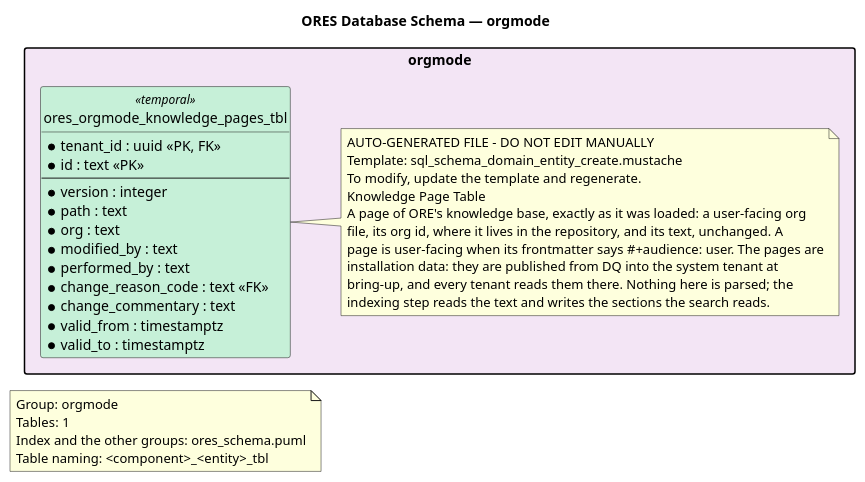
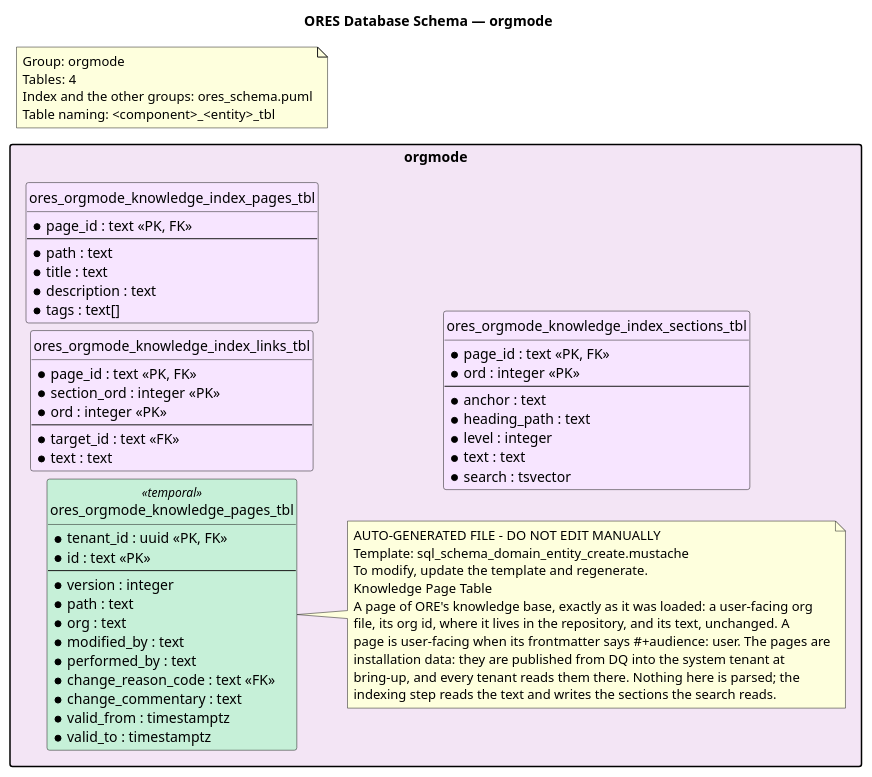
Before and after one commit to OreStudio/OreStudio: the diagram in projects/ores.sql/modeling/ores_schema.orgmode.puml, drawn with PlantUML. The commit also changed 32 other files, not shown here.

First line of the commit message:
[orgmode] Build the knowledge index from the pages and keep it current

```diff
--- a/projects/ores.sql/modeling/ores_schema.orgmode.puml
+++ b/projects/ores.sql/modeling/ores_schema.orgmode.puml
@@ -21,62 +21,91 @@
 @startuml
 
 title ORES Database Schema — orgmode
 hide circle
 skinparam linetype ortho
 
 ' Layout: left-to-right stacks packages vertically
 left to right direction
 skinparam packageStyle rectangle
 skinparam nodesep 8
 skinparam ranksep 20
 
 note as GroupNote
 Group: orgmode
-Tables: 1
+Tables: 4
 Index and the other groups: ores_schema.puml
 Table naming: <component>_<entity>_tbl
 end note
 
 '
 ' ==================== orgmode (Knowledge Base (Org Pages)) ====================
 '
 package "orgmode" #F3E5F5 {
+    entity ores_orgmode_knowledge_index_links_tbl  #F7E5FF {
+        * page_id : text <<PK, FK>>
+        * section_ord : integer <<PK>>
+        * ord : integer <<PK>>
+        --
+        * target_id : text <<FK>>
+        * text : text
+    }
+
+    entity ores_orgmode_knowledge_index_pages_tbl  #F7E5FF {
+        * page_id : text <<PK, FK>>
+        --
+        * path : text
+        * title : text
+        * description : text
+        * tags : text[]
+    }
+
+    entity ores_orgmode_knowledge_index_sections_tbl  #F7E5FF {
+        * page_id : text <<PK, FK>>
+        * ord : integer <<PK>>
+        --
+        * anchor : text
+        * heading_path : text
+        * level : integer
+        * text : text
+        * search : tsvector
+    }
+
     entity ores_orgmode_knowledge_pages_tbl <<temporal>> #C6F0D8 {
         * tenant_id : uuid <<PK, FK>>
         * id : text <<PK>>
         --
         * version : integer
         * path : text
         * org : text
         * modified_by : text
         * performed_by : text
         * change_reason_code : text <<FK>>
         * change_commentary : text
         * valid_from : timestamptz
         * valid_to : timestamptz
     }
 
     note right of ores_orgmode_knowledge_pages_tbl
     AUTO-GENERATED FILE - DO NOT EDIT MANUALLY
     Template: sql_schema_domain_entity_create.mustache
     To modify, update the template and regenerate.
     Knowledge Page Table
     A page of ORE's knowledge base, exactly as it was loaded: a user-facing org
     file, its org id, where it lives in the repository, and its text, unchanged. A
     page is user-facing when its frontmatter says #+audience: user. The pages are
     installation data: they are published from DQ into the system tenant at
     bring-up, and every tenant reads them there. Nothing here is parsed; the
     indexing step reads the text and writes the sections the search reads.
     end note
 
 }
 
 
 '
 ' ==================== Relationships ====================
 '
 
 ' Local Variables:
 ' compile-command: "java -Djava.awt.headless=true -DPLANTUML_LIMIT_SIZE=131072 -jar /usr/share/plantuml/plantuml.jar ores_schema.orgmode.puml"
 ' End:
 @enduml
```
